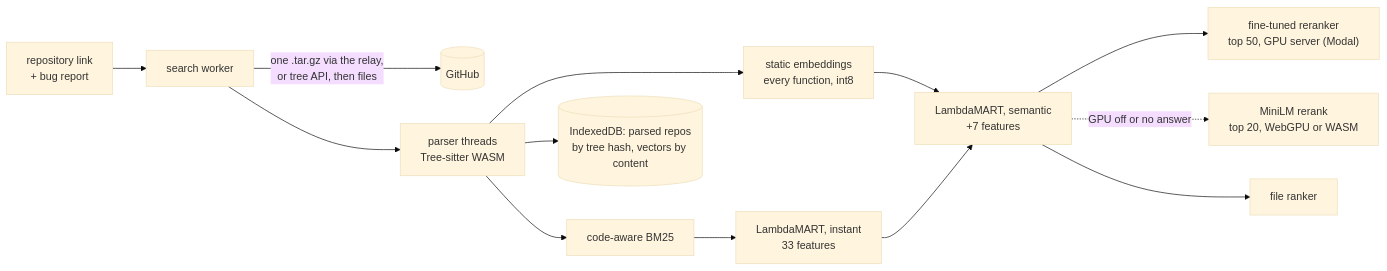
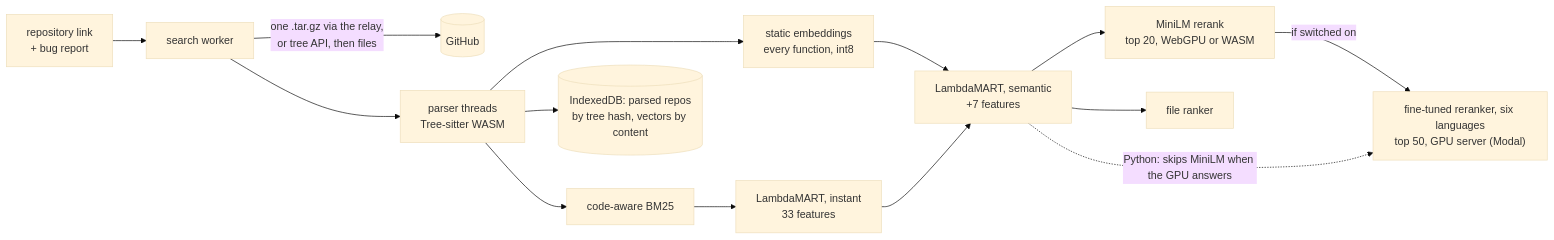
The third of 3 diagrams in README.md (Lazeeez/Allfather), drawn with Mermaid (base theme) before and after one commit. The commit also changed other lines of this file, not shown here.

Commit message:
README: lead with fresh-2026 against frontier AI, add an at-a-glance summary, Long Code Arena, the long-report reranker result, live accuracy to date, and update the diagram, stack, methods, layout and status

````diff
--- a/README.md
+++ b/README.md
@@ -249,14 +313,15 @@
 ```mermaid
 flowchart LR
     U["repository link<br/>+ bug report"] --> W[search worker]
     W -->|"one .tar.gz via the relay,<br/>or tree API, then files"| GH[(GitHub)]
     W --> PT["parser threads<br/>Tree-sitter WASM"]
     PT --> BM[code-aware BM25]
     PT --> SE["static embeddings<br/>every function, int8"]
     BM --> L1["LambdaMART, instant<br/>33 features"]
     SE --> L2["LambdaMART, semantic<br/>+7 features"]
-    L1 --> L2 --> GPU["fine-tuned reranker<br/>top 50, GPU server (Modal)"]
-    L2 -.->|"GPU off or no answer"| RR["MiniLM rerank<br/>top 20, WebGPU or WASM"]
+    L1 --> L2 --> RR["MiniLM rerank<br/>top 20, WebGPU or WASM"]
+    RR -->|"if switched on"| GPU["fine-tuned reranker, six languages<br/>top 50, GPU server (Modal)"]
+    L2 -.->|"Python: skips MiniLM when the GPU answers"| GPU
     L2 --> FR[file ranker]
     PT --> IDB[(IndexedDB: parsed repos<br/>by tree hash, vectors by content)]
 ```
````
